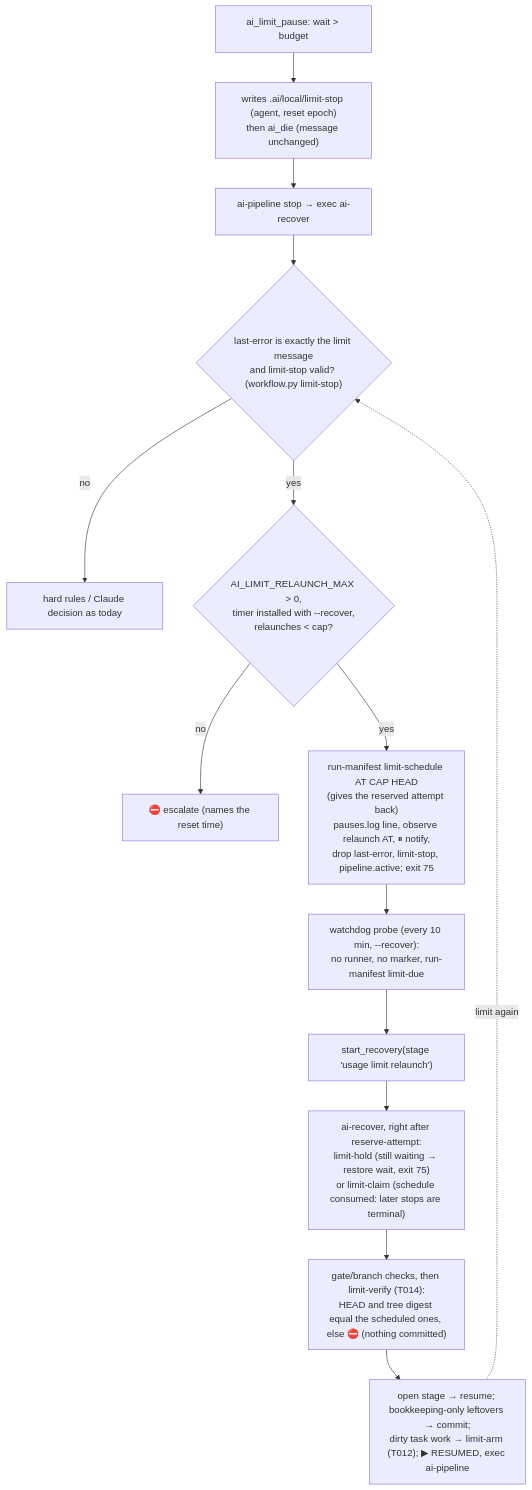
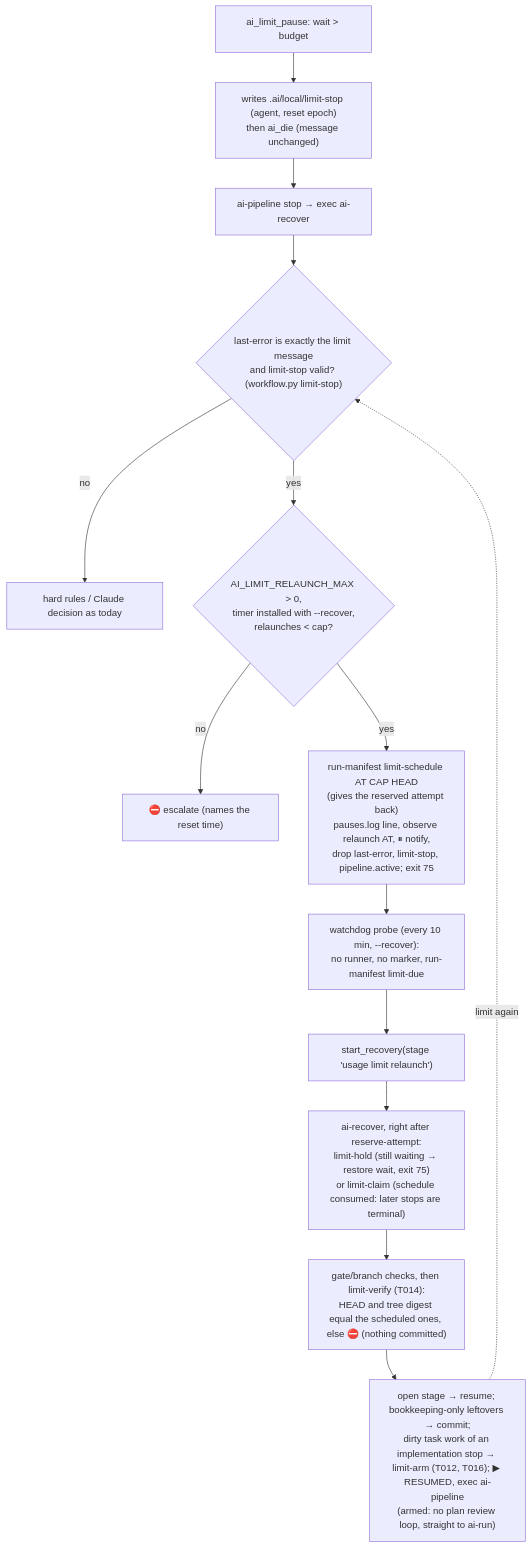
One commit to Muf454/agents changed the diagram in .ai/current-plan.md. Above: the diagram before and after it, drawn with Mermaid. The commit also changed other lines of this file and 6 other files, not shown here.

````diff
--- a/.ai/current-plan.md
+++ b/.ai/current-plan.md
@@ -13,16 +13,16 @@
 ```mermaid
 flowchart TD
   pause["ai_limit_pause: wait > budget"] --> rec["writes .ai/local/limit-stop (agent, reset epoch)<br/>then ai_die (message unchanged)"]
   rec --> stop["ai-pipeline stop → exec ai-recover"]
   stop --> only{"last-error is exactly the limit message<br/>and limit-stop valid? (workflow.py limit-stop)"}
   only -- no --> rules["hard rules / Claude decision as today"]
   only -- yes --> cap{"AI_LIMIT_RELAUNCH_MAX > 0,<br/>timer installed with --recover,<br/>relaunches < cap?"}
   cap -- no --> esc["⛔ escalate (names the reset time)"]
   cap -- yes --> sched["run-manifest limit-schedule AT CAP HEAD<br/>(gives the reserved attempt back)<br/>pauses.log line, observe relaunch AT, ⏸ notify,<br/>drop last-error, limit-stop, pipeline.active; exit 75"]
   sched --> probe["watchdog probe (every 10 min, --recover):<br/>no runner, no marker, run-manifest limit-due"]
   probe --> launch["start_recovery(stage 'usage limit relaunch')"]
   launch --> claim["ai-recover, right after reserve-attempt:<br/>limit-hold (still waiting → restore wait, exit 75)<br/>or limit-claim (schedule consumed: later stops are terminal)"]
   claim --> verify["gate/branch checks, then limit-verify (T014):<br/>HEAD and tree digest equal the scheduled ones, else ⛔ (nothing committed)"]
-  verify --> due["open stage → resume; bookkeeping-only leftovers → commit;<br/>dirty task work → limit-arm (T012); ▶ RESUMED, exec ai-pipeline"]
+  verify --> due["open stage → resume; bookkeeping-only leftovers → commit;<br/>dirty task work of an implementation stop → limit-arm (T012, T016); ▶ RESUMED, exec ai-pipeline<br/>(armed: no plan review loop, straight to ai-run)"]
   due -. "limit again" .-> only
 ```
````
